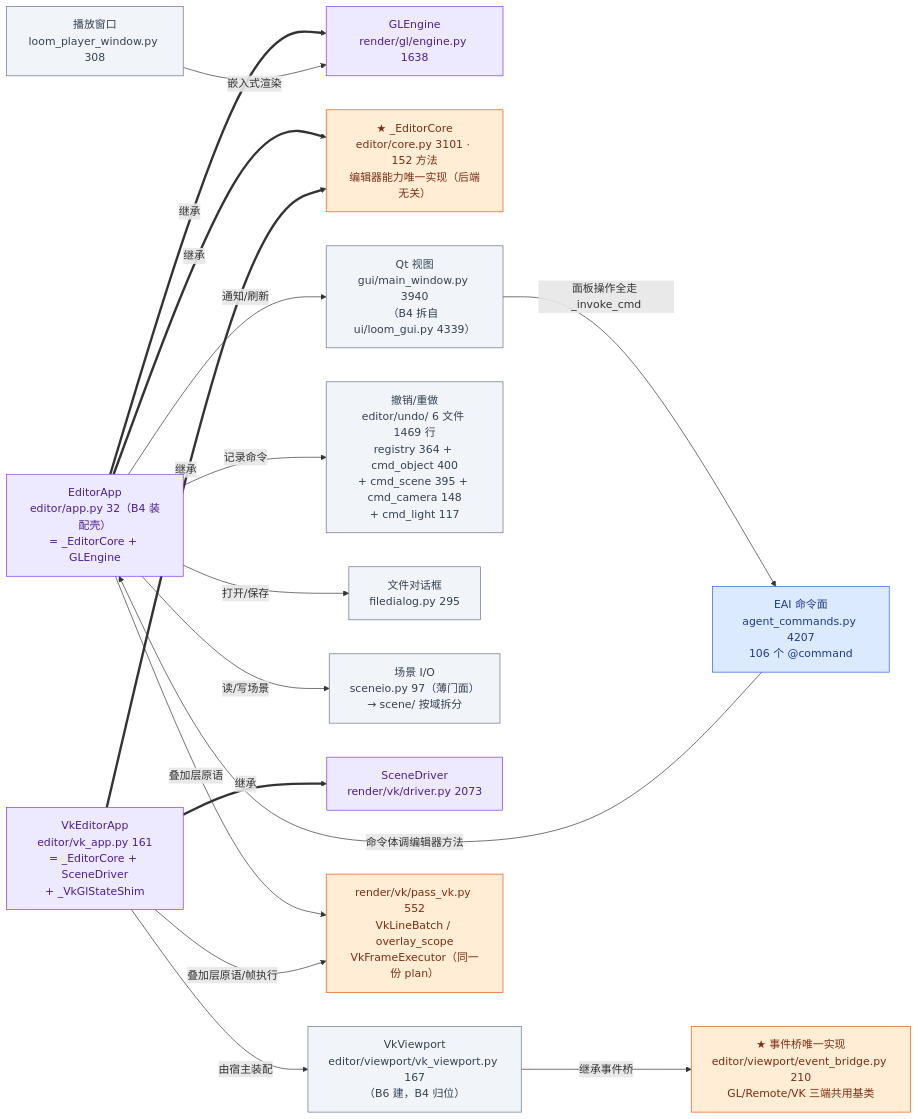
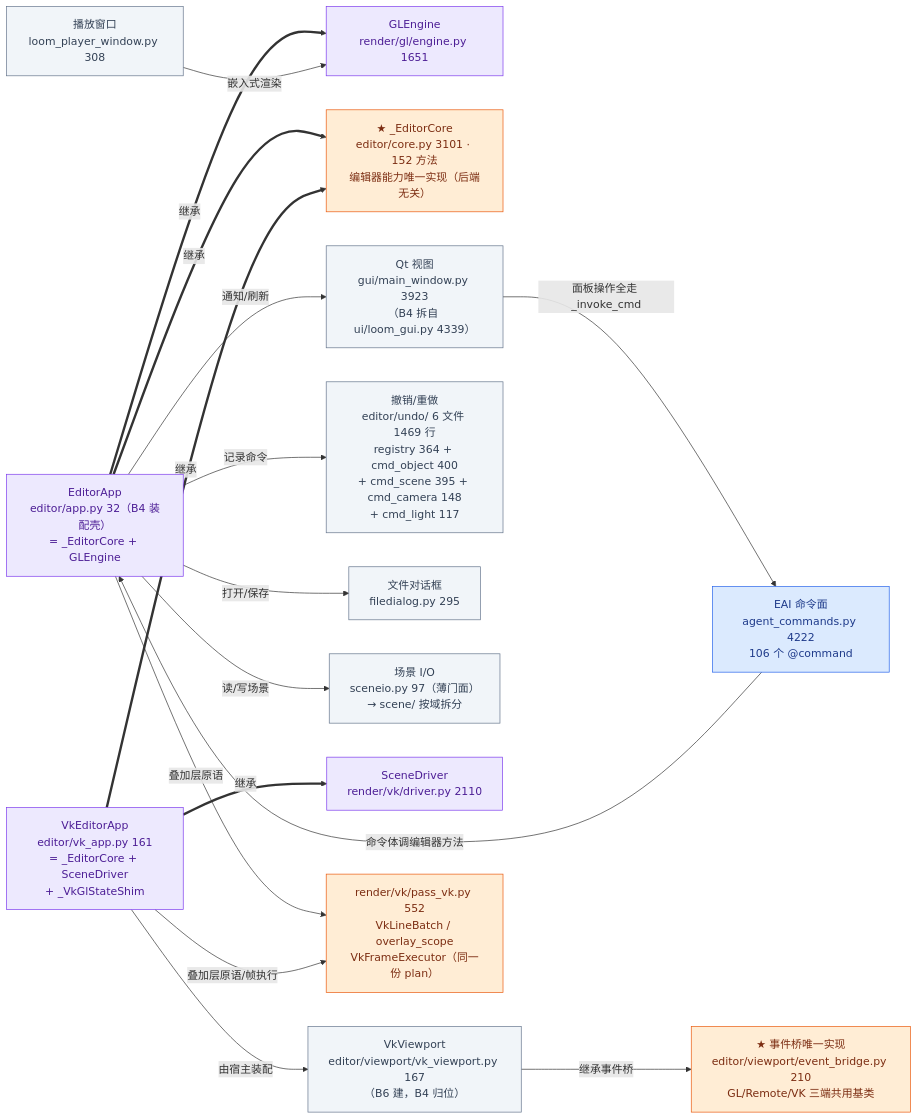
Before and after one commit to lhy302/WeaveEngine: the tenth of 23 diagrams in ARCHITECTURE.md, drawn with Mermaid. The commit also changed other lines of this file, not shown here.

Commit message:
B7-55~59 架构图同步：23 图按实况刷新（HEAD 01ca8a9；168 .py/63431 行；+7 门 + test_hub_update 106；run_all ~170 文件/6341 PASS/0 FAIL）

````diff
--- a/ARCHITECTURE.md
+++ b/ARCHITECTURE.md
@@ -482,36 +499,36 @@
 ```mermaid
 flowchart LR
   ED["EditorApp<br/>editor/app.py 32（B4 装配壳）<br/>= _EditorCore + GLEngine"]:::facade
-  GE["GLEngine<br/>render/gl/engine.py 1638"]:::facade
+  GE["GLEngine<br/>render/gl/engine.py 1651"]:::facade
   COR["★ _EditorCore<br/>editor/core.py 3101 · 152 方法<br/>编辑器能力唯一实现（后端无关）"]:::contract
-  V["Qt 视图<br/>gui/main_window.py 3940<br/>（B4 拆自 ui/loom_gui.py 4339）"]:::file
+  V["Qt 视图<br/>gui/main_window.py 3923<br/>（B4 拆自 ui/loom_gui.py 4339）"]:::file
   U["撤销/重做<br/>editor/undo/ 6 文件 1469 行<br/>registry 364 + cmd_object 400<br/>+ cmd_scene 395 + cmd_camera 148<br/>+ cmd_light 117"]:::file
-  EAI["EAI 命令面<br/>agent_commands.py 4207<br/>106 个 @command"]:::entry
+  EAI["EAI 命令面<br/>agent_commands.py 4222<br/>106 个 @command"]:::entry
   FD["文件对话框<br/>filedialog.py 295"]:::file
   PW["播放窗口<br/>loom_player_window.py 308"]:::file
   S["场景 I/O<br/>sceneio.py 97（薄门面）<br/>→ scene/ 按域拆分"]:::file
   VKE["VkEditorApp<br/>editor/vk_app.py 161<br/>= _EditorCore + SceneDriver<br/>+ _VkGlStateShim"]:::facade
-  SDV["SceneDriver<br/>render/vk/driver.py 2073"]:::facade
+  SDV["SceneDriver<br/>render/vk/driver.py 2110"]:::facade
   VKV["VkViewport<br/>editor/viewport/vk_viewport.py 167<br/>（B6 建，B4 归位）"]:::file
   EB["★ 事件桥唯一实现<br/>editor/viewport/event_bridge.py 210<br/>GL/Remote/VK 三端共用基类"]:::contract
   LPV["render/vk/pass_vk.py 552<br/>VkLineBatch / overlay_scope<br/>VkFrameExecutor（同一份 plan）"]:::contract
   ED ==>|继承| GE
   ED ==>|继承| COR
   VKE ==>|继承| COR
   VKE ==>|继承| SDV
   VKE -->|由宿主装配| VKV
   VKV -->|继承事件桥| EB
   ED -->|通知/刷新| V
   V -->|面板操作全走 _invoke_cmd| EAI
   ED -->|叠加层原语| LPV
   VKE -->|叠加层原语/帧执行| LPV
   ED -->|记录命令| U
   EAI -->|命令体调编辑器方法| ED
   ED -->|打开/保存| FD
   ED -->|读/写场景| S
   PW -->|嵌入式渲染| GE
   classDef entry fill:#dbeafe,stroke:#2563eb,color:#1e3a8a
   classDef facade fill:#ede9fe,stroke:#7c3aed,color:#4c1d95
   classDef file fill:#f1f5f9,stroke:#64748b,color:#334155
   classDef contract fill:#ffedd5,stroke:#ea580c,color:#7c2d12
 ```
````
